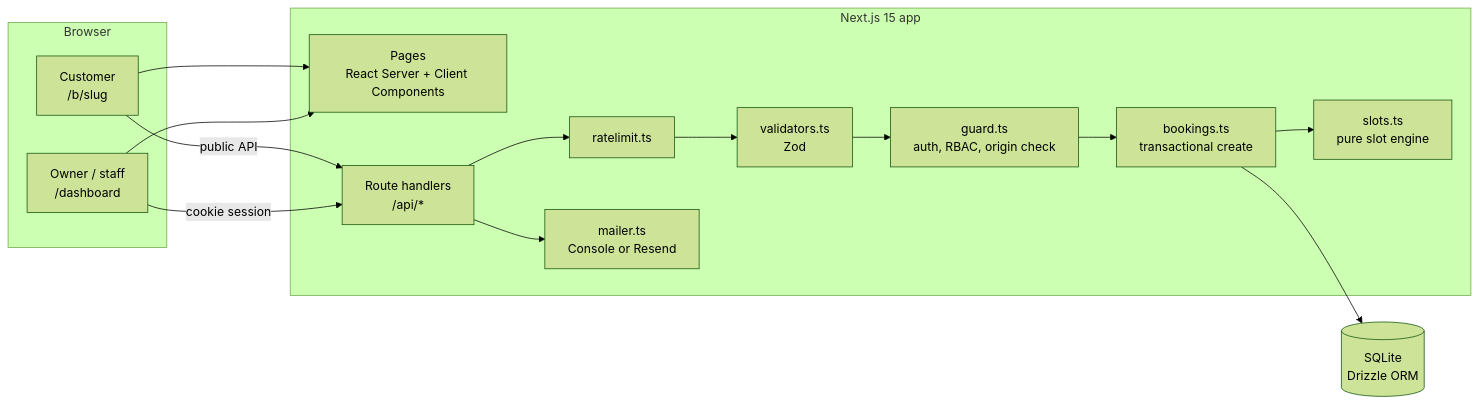
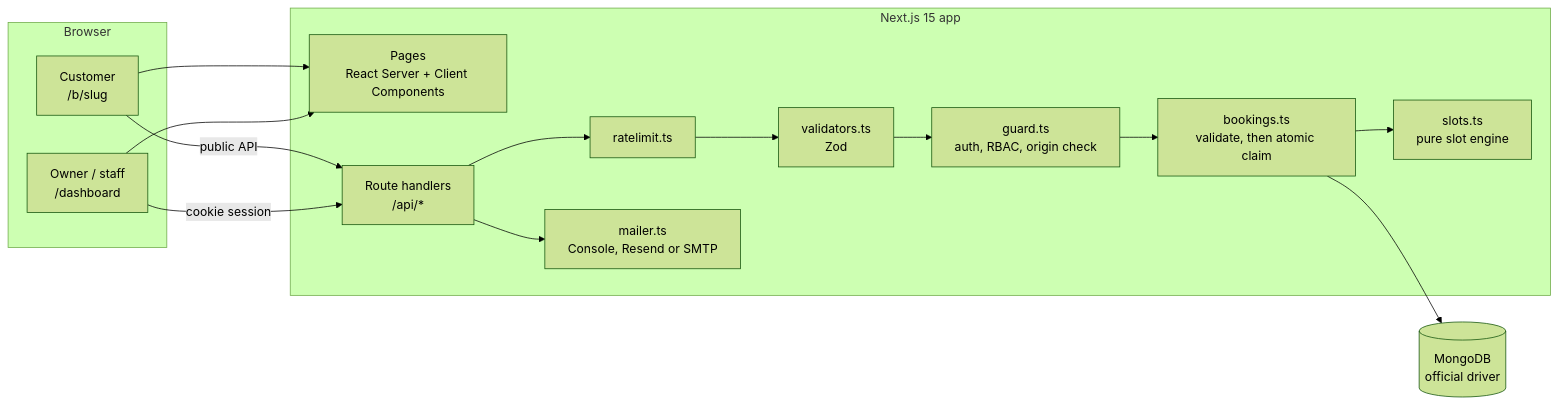
The diagram in README.md (Terminator-006/Slotly), drawn with Mermaid (forest theme) before and after one commit. The commit also changed other lines of this file and 31 other files, not shown here.

Commit message:
Switch data layer to MongoDB with atomic slot locks

````diff
--- a/README.md
+++ b/README.md
@@ -54,30 +56,30 @@
 ```mermaid
 flowchart LR
   subgraph Browser
     C[Customer<br/>/b/slug]
     O[Owner / staff<br/>/dashboard]
   end
 
   subgraph Next.js 15 app
     P[Pages<br/>React Server + Client Components]
     R[Route handlers<br/>/api/*]
     G[guard.ts<br/>auth, RBAC, origin check]
     V[validators.ts<br/>Zod]
     RL[ratelimit.ts]
-    B[bookings.ts<br/>transactional create]
+    B[bookings.ts<br/>validate, then atomic claim]
     S[slots.ts<br/>pure slot engine]
-    M[mailer.ts<br/>Console or Resend]
+    M[mailer.ts<br/>Console, Resend or SMTP]
   end
 
-  DB[(SQLite<br/>Drizzle ORM)]
+  DB[(MongoDB<br/>official driver)]
 
   C --> P
   O --> P
   C -->|public API| R
   O -->|cookie session| R
   R --> RL --> V --> G
   G --> B
   B --> S
   B --> DB
   R --> M
 ```
````
